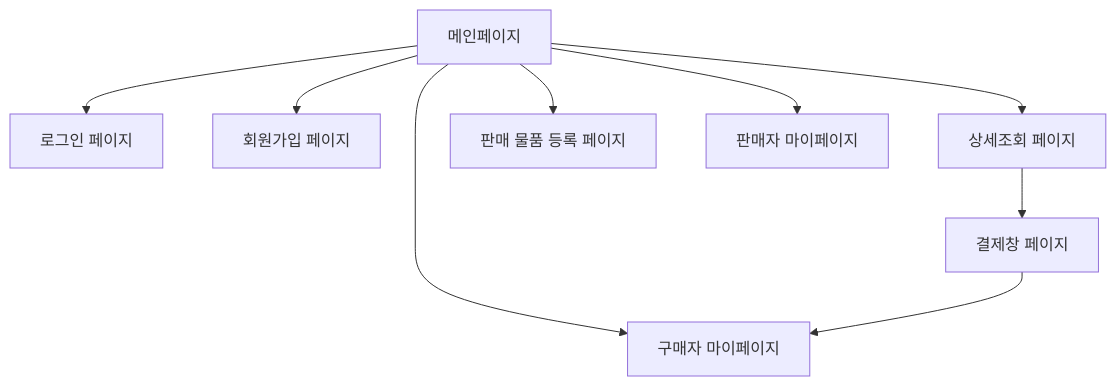
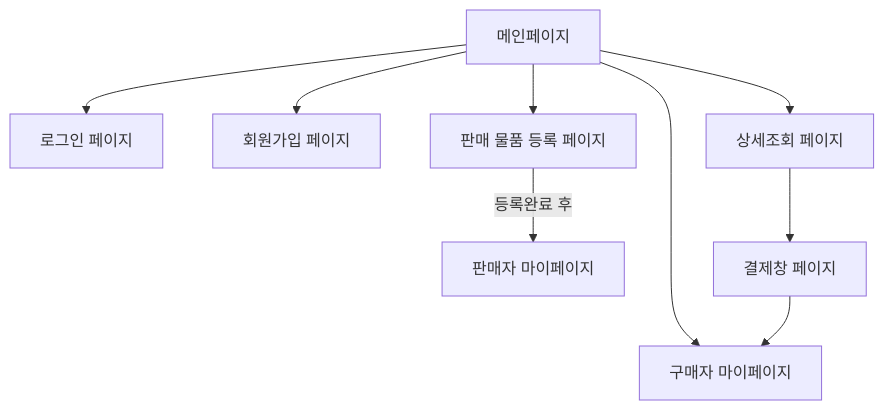
The diagram in docs/WIREFRAME.md (byeongjunmin00/GONG9RI), drawn with Mermaid before and after one commit.

Commit message:
fix: 와이어프레임 다이어그램에 판매물품등록→판매자마이페이지 흐름 반영
- 메인페이지에서 판매자 마이페이지로 바로 가는 화살표를 빼고
  판매물품등록 완료 후 판매자 마이페이지로 이동하는 흐름으로 수정
- Miro 와이어프레임에서 확정한 유저플로우와 일치시킴

````diff
--- a/docs/WIREFRAME.md
+++ b/docs/WIREFRAME.md
@@ -26,11 +26,11 @@
 ```mermaid
 graph TD
     A[메인페이지] --> B[로그인 페이지]
     A --> C[회원가입 페이지]
     A --> D[상세조회 페이지]
     A --> E[판매 물품 등록 페이지]
-    A --> F[판매자 마이페이지]
     A --> G[구매자 마이페이지]
+    E -->|등록완료 후| F[판매자 마이페이지]
     D --> H[결제창 페이지]
     H --> G
 ```
````
